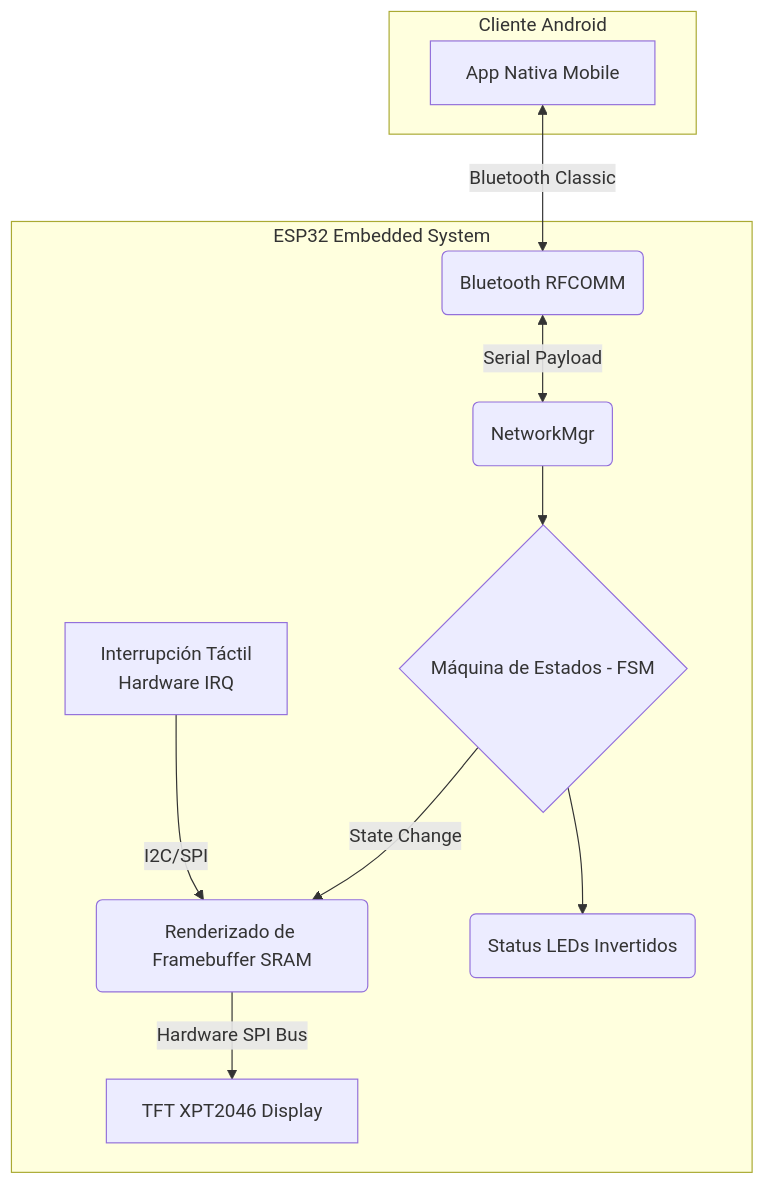
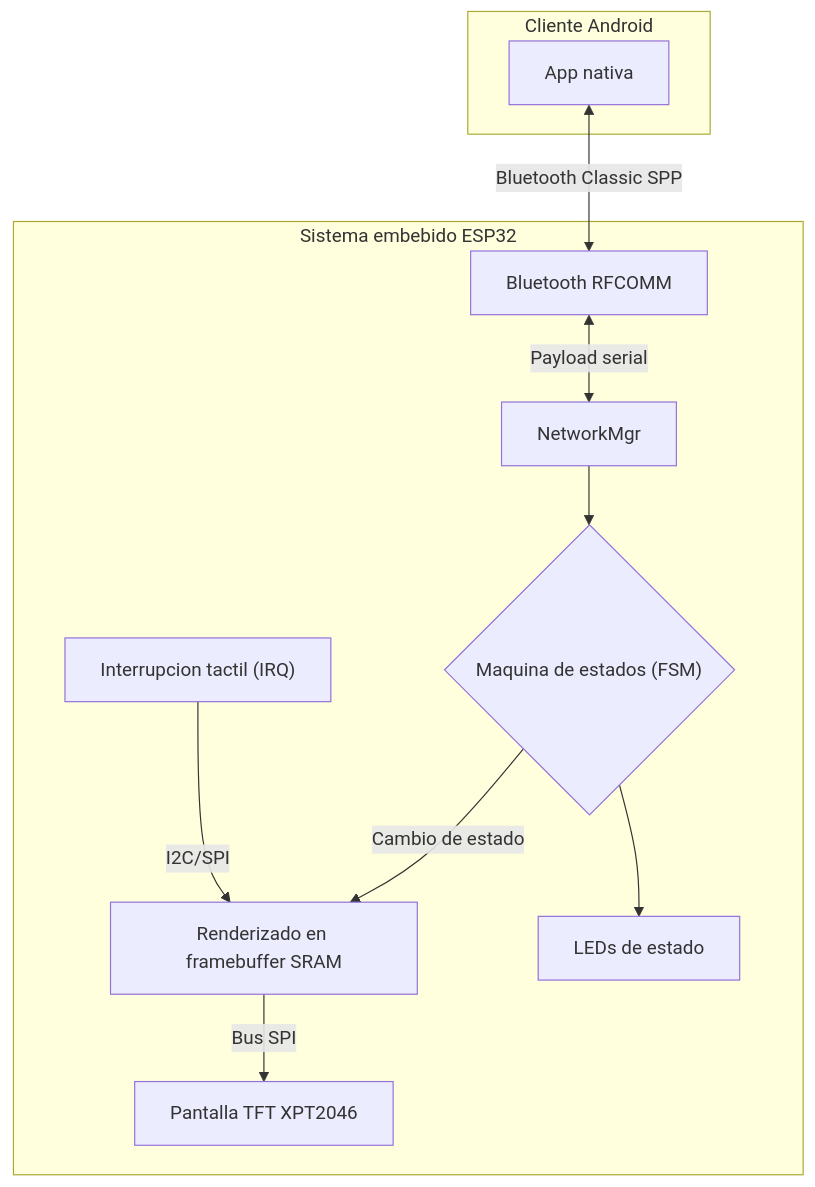
One commit to coder98944/portfolio-tamagotchi-esp32 changed the diagram in README.md. Above: the diagram before and after it, drawn with Mermaid. The commit also changed other lines of this file, not shown here.

Commit message:
docs: improve README clarity and Android Bluetooth compatibility notes

````diff
--- a/README.md
+++ b/README.md
@@ -16,15 +26,15 @@
 ```mermaid
 graph TD
-    subgraph ESP32 [ESP32 Embedded System]
-        A(Bluetooth RFCOMM) <-->|Serial Payload| B(NetworkMgr)
-        B --> C{Máquina de Estados - FSM}
-        C -->|State Change| D(Renderizado de Framebuffer SRAM)
-        D -->|Hardware SPI Bus| E[TFT XPT2046 Display]
-        F[Interrupción Táctil\nHardware IRQ] -->|I2C/SPI| D
-        C --> G(Status LEDs Invertidos)
+    subgraph ESP32["Sistema embebido ESP32"]
+        A["Bluetooth RFCOMM"] <-->|"Payload serial"| B["NetworkMgr"]
+        B --> C{"Maquina de estados (FSM)"}
+        C -->|"Cambio de estado"| D["Renderizado en framebuffer SRAM"]
+        D -->|"Bus SPI"| E["Pantalla TFT XPT2046"]
+        F["Interrupcion tactil (IRQ)"] -->|"I2C/SPI"| D
+        C --> G["LEDs de estado"]
     end
-    
-    subgraph Cliente Android
-        H[App Nativa Mobile] <-->|Bluetooth Classic| A
+
+    subgraph Android["Cliente Android"]
+        H["App nativa"] <-->|"Bluetooth Classic SPP"| A
     end
 ```
````
